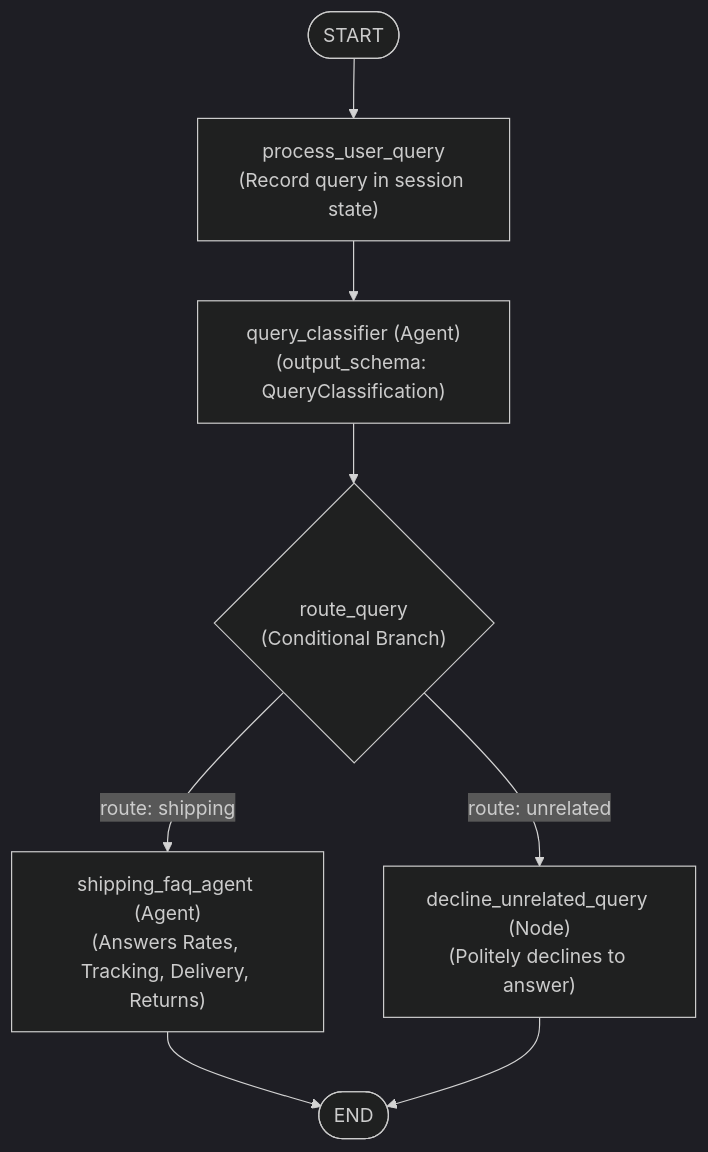
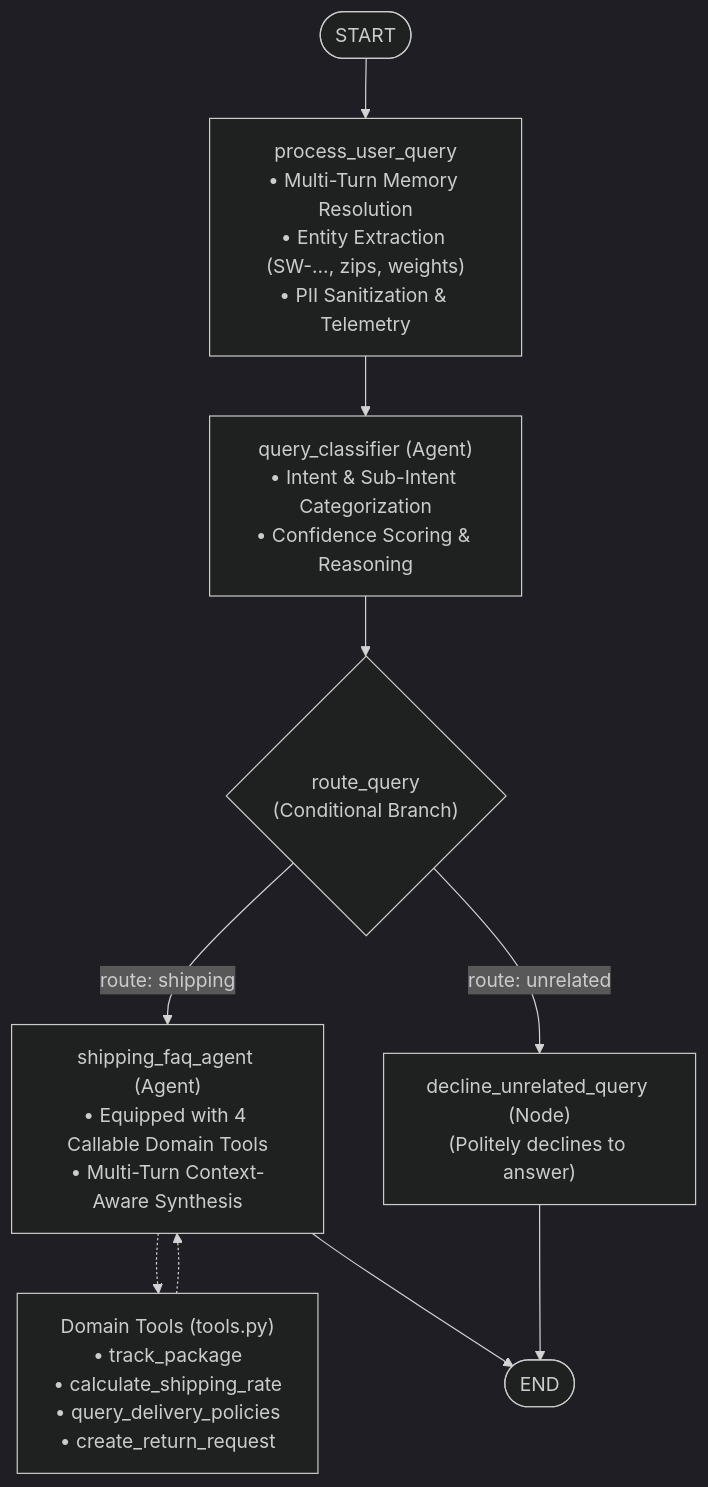
One commit to bdalati-ops/helpdesk-agent changed the diagram in README.md. Above: the diagram before and after it, drawn with Mermaid (dark theme). The commit also changed other lines of this file and 7 other files, not shown here.

Commit message:
Enhance Tool & Interface Design, Context & Memory, and Orchestration & Logic: Add callable tools, multi-turn entity memory, and REST session endpoints

````diff
--- a/README.md
+++ b/README.md
@@ -22,10 +22,12 @@
 ```mermaid
 flowchart TD
-    START([START]) --> ProcessInput["process_user_query\n(Record query in session state)"]
-    ProcessInput --> Classifier["query_classifier (Agent)\n(output_schema: QueryClassification)"]
+    START([START]) --> ProcessInput["process_user_query\n• Multi-Turn Memory Resolution\n• Entity Extraction (SW-..., zips, weights)\n• PII Sanitization & Telemetry"]
+    ProcessInput --> Classifier["query_classifier (Agent)\n• Intent & Sub-Intent Categorization\n• Confidence Scoring & Reasoning"]
     Classifier --> Router{"route_query\n(Conditional Branch)"}
-    Router -->|route: shipping| ShippingFAQ["shipping_faq_agent (Agent)\n(Answers Rates, Tracking, Delivery, Returns)"]
+    Router -->|route: shipping| ShippingFAQ["shipping_faq_agent (Agent)\n• Equipped with 4 Callable Domain Tools\n• Multi-Turn Context-Aware Synthesis"]
     Router -->|route: unrelated| DeclineNode["decline_unrelated_query (Node)\n(Politely declines to answer)"]
+    ShippingFAQ -.-> Tools["Domain Tools (tools.py)\n• track_package\n• calculate_shipping_rate\n• query_delivery_policies\n• create_return_request"]
+    Tools -.-> ShippingFAQ
     ShippingFAQ --> END([END])
     DeclineNode --> END([END])
 ```
````
